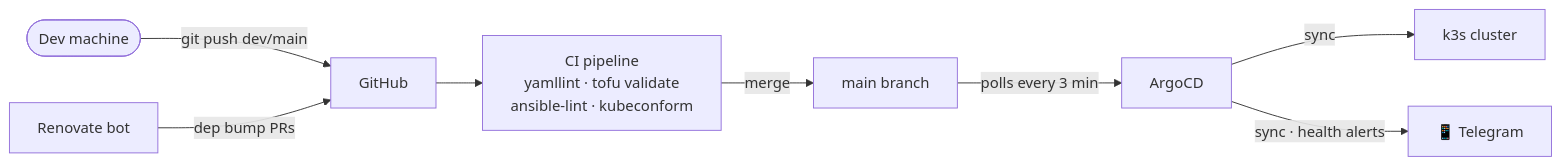
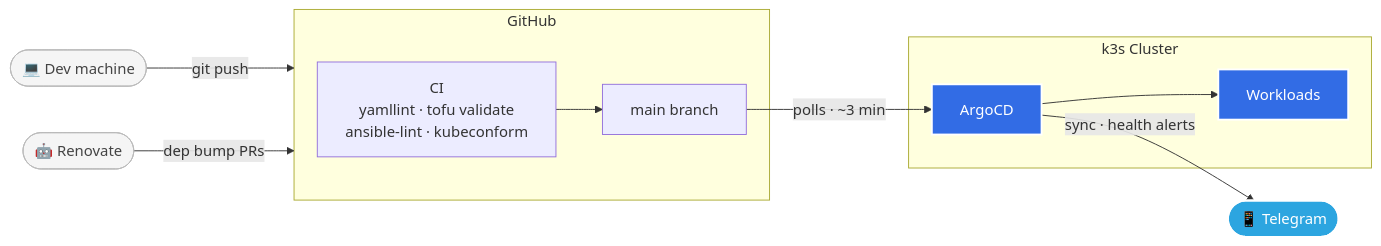
Before and after one commit to byeich/homelab: the fourth of 5 diagrams in docs/architecture.md, drawn with Mermaid. The commit also changed other lines of this file and 1 other file, not shown here.

Commit message:
diagram updates

````diff
--- a/docs/architecture.md
+++ b/docs/architecture.md
@@ -64,14 +163,31 @@
 ```mermaid
-graph LR
-    dev(["Dev machine"])
+flowchart LR
+    dev(["💻 Dev machine"])
+    renovate(["🤖 Renovate"])
+    tg(["📱 Telegram"])
 
-    dev -->|"git push dev/main"| gh["GitHub"]
-    renovate["Renovate bot"] -->|"dep bump PRs"| gh
+    subgraph gh["GitHub"]
+        ci["CI\nyamllint · tofu validate\nansible-lint · kubeconform"]
+        repo["main branch"]
+    end
 
-    gh --> ci["CI pipeline\nyamllint · tofu validate\nansible-lint · kubeconform"]
-    ci -->|"merge"| repo["main branch"]
+    subgraph cluster["k3s Cluster"]
+        argo["ArgoCD"]
+        workloads["Workloads"]
+    end
 
-    repo -->|"polls every 3 min"| argo["ArgoCD"]
-    argo -->|"sync"| k3s["k3s cluster"]
-    argo -->|"sync · health alerts"| tg["📱 Telegram"]
+    dev -->|"git push"| gh
+    renovate -->|"dep bump PRs"| gh
+    ci --> repo
+    repo -->|"polls · ~3 min"| argo
+    argo --> workloads
+    argo -->|"sync · health alerts"| tg
+
+    classDef k8s     fill:#326ce5,stroke:#fff,stroke-width:2px,color:#fff
+    classDef ext     fill:#f5f5f5,stroke:#bbb,color:#444
+    classDef msg     fill:#2ca5e0,stroke:#fff,stroke-width:2px,color:#fff
+
+    class argo,workloads k8s
+    class dev,renovate,tg ext
+    class tg msg
 ```
````
